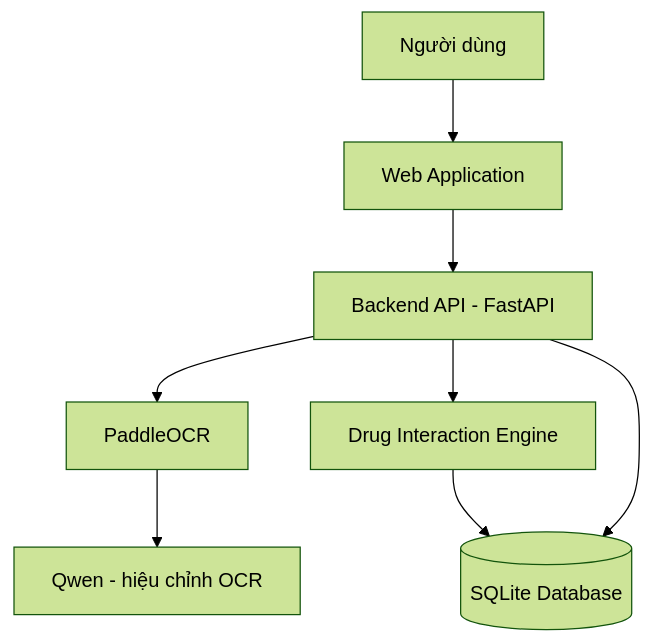
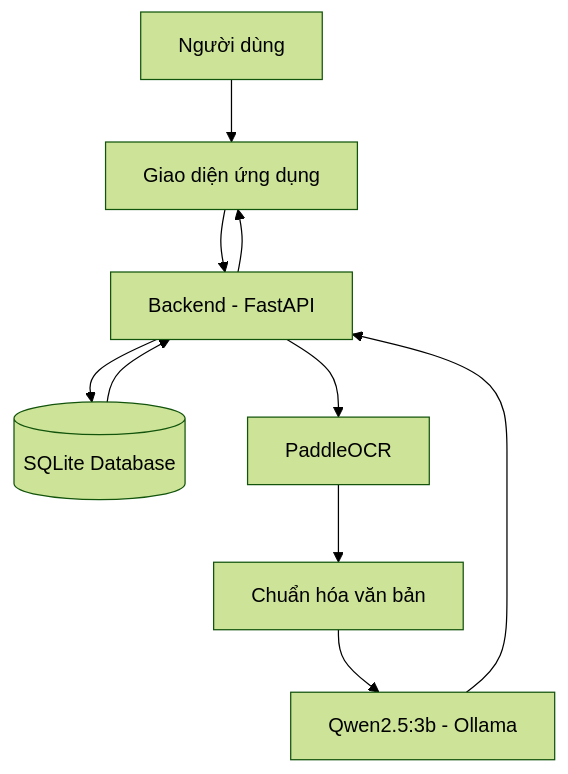
The diagram in submissions/tra_cuu_thuoc_173820_n06/README.md (fossbk-spec/ktpmud-project), drawn with Mermaid (forest theme) before and after one commit. The commit also changed other lines of this file, not shown here.

````diff
--- a/submissions/tra_cuu_thuoc_173820_n06/README.md
+++ b/submissions/tra_cuu_thuoc_173820_n06/README.md
@@ -50,18 +27,12 @@
 ```mermaid
-flowchart TB
-    User["Người dùng"]
-    UI["Web Application"]
-    API["Backend API - FastAPI"]
-    OCR["PaddleOCR"]
-    Qwen["Qwen - hiệu chỉnh OCR"]
-    Engine["Drug Interaction Engine"]
-    DB[("SQLite Database")]
-
-    User --> UI
-    UI --> API
-    API --> OCR
-    OCR --> Qwen
-    API --> Engine
-    Engine --> DB
-    API --> DB
+flowchart TD
+    U[Người dùng] --> FE[Giao diện ứng dụng]
+    FE --> API[Backend - FastAPI]
+    API --> DB[(SQLite Database)]
+    API --> OCR[PaddleOCR]
+    OCR --> TXT[Chuẩn hóa văn bản]
+    TXT --> AI[Qwen2.5:3b - Ollama]
+    AI --> API
+    DB --> API
+    API --> FE
 ```
````
